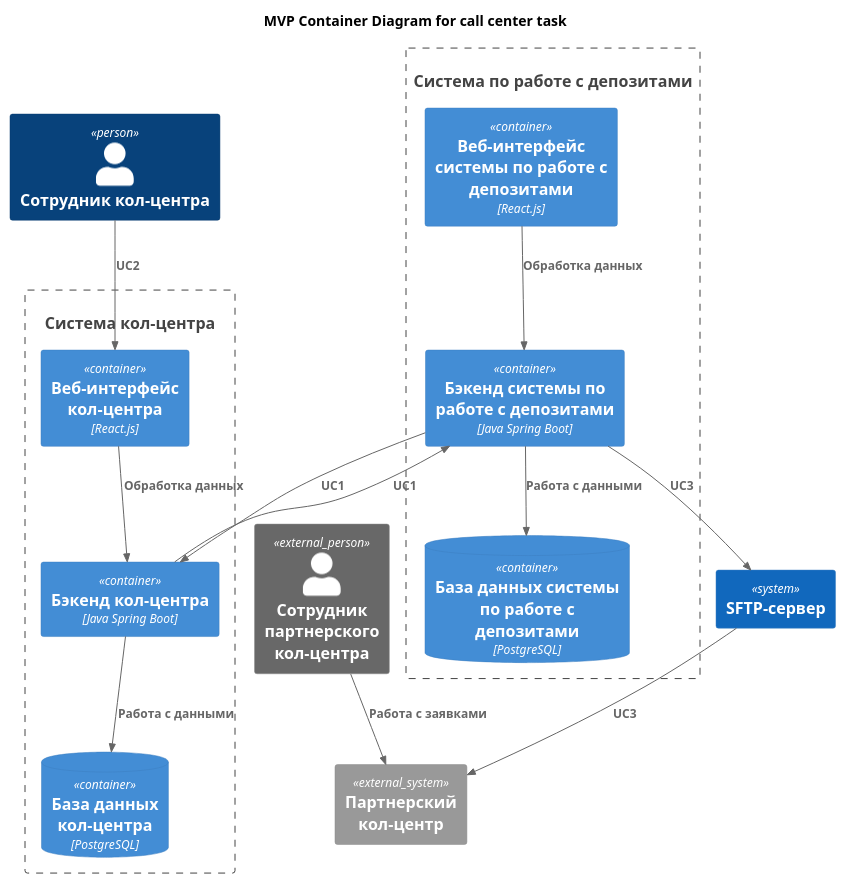
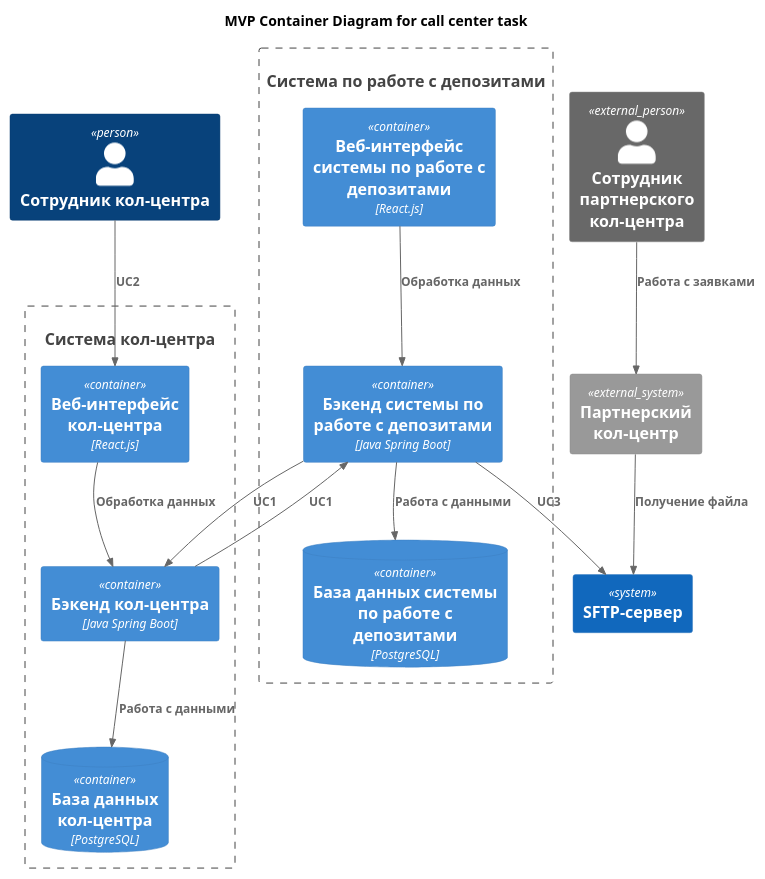
One commit to Dryannykh/architecture-standart changed the diagram in Task4/C4_context.puml. Above: the diagram before and after it, drawn with PlantUML. The commit also changed 1 other file, not shown here.

```diff
--- a/Task4/C4_context.puml
+++ b/Task4/C4_context.puml
@@ -1,39 +1,39 @@
 @startuml
 title MVP Container Diagram for call center task
 
 top to bottom direction
 
 !includeurl https://raw.githubusercontent.com/RicardoNiepel/C4-PlantUML/master/C4_Component.puml
 
 Person(call_center_employee, "Сотрудник кол-центра")
 Person_Ext(partner_call_center_employee, "Сотрудник партнерского кол-центра")
 System(deposit_system, "Система по работе с депозитами")
 System(call_center_system, "Система кол-центра")
 System(sftp_server, "SFTP-сервер")
 System_Ext(partner_call_center, "Партнерский кол-центр")
 
 Container_Boundary(call_center_system, "Система кол-центра") {
   Container(call_center_system_front, "Веб-интерфейс кол-центра", "React.js")
   Container(call_center_system_back, "Бэкенд кол-центра", "Java Spring Boot")
   ContainerDb(call_center_system_db, "База данных кол-центра", "PostgreSQL")
 }
 Container_Boundary(deposit_system, "Система по работе с депозитами") {
   Container(deposit_system_front, "Веб-интерфейс системы по работе с депозитами", "React.js")
   Container(deposit_system_back, "Бэкенд системы по работе с депозитами", "Java Spring Boot")
   ContainerDb(deposit_system_db, "База данных системы по работе с депозитами", "PostgreSQL")
 }
 
 
 Rel(call_center_employee, call_center_system_front, "UC2")
 Rel(call_center_system_front, call_center_system_back, "Обработка данных")
 Rel(call_center_system_back, call_center_system_db, "Работа с данными")
 Rel(call_center_system_back, deposit_system_back, "UC1")
 Rel(deposit_system_back, call_center_system_back, "UC1")
 Rel(deposit_system_front, deposit_system_back, "Обработка данных")
 Rel(deposit_system_back, deposit_system_db, "Работа с данными")
 Rel(deposit_system_back, sftp_server, "UC3")
-Rel(sftp_server, partner_call_center, "UC3")
+Rel(partner_call_center, sftp_server, "Получение файла")
 Rel(partner_call_center_employee, partner_call_center, "Работа с заявками")
 
 
 @enduml
```
